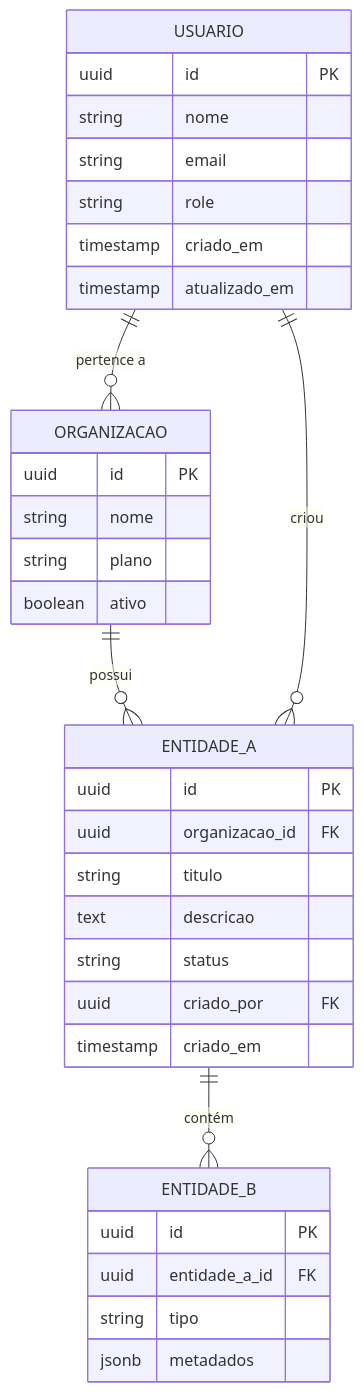
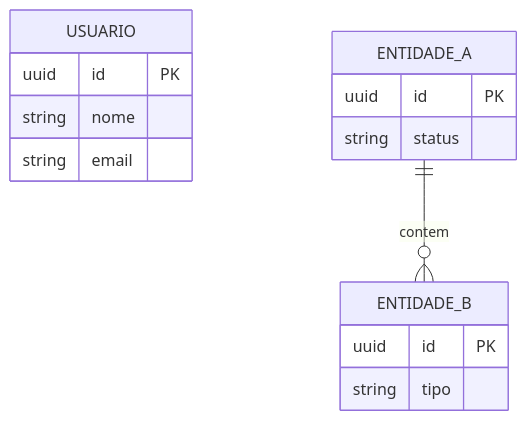
Before and after one commit to juliopessan/DPABB-Framework: the fourth of 10 diagrams in templates/architect/architecture.md, drawn with Mermaid. The commit also changed other lines of this file and 16 other files, not shown here.

````diff
--- a/templates/architect/architecture.md
+++ b/templates/architect/architecture.md
@@ -177,40 +114,17 @@
 ```mermaid
 erDiagram
   USUARIO {
     uuid id PK
     string nome
     string email
-    string role
-    timestamp criado_em
-    timestamp atualizado_em
   }
-
-  ORGANIZACAO {
-    uuid id PK
-    string nome
-    string plano
-    boolean ativo
-  }
-
   ENTIDADE_A {
     uuid id PK
-    uuid organizacao_id FK
-    string titulo
-    text descricao
     string status
-    uuid criado_por FK
-    timestamp criado_em
   }
-
   ENTIDADE_B {
     uuid id PK
-    uuid entidade_a_id FK
     string tipo
-    jsonb metadados
   }
-
-  USUARIO ||--o{ ORGANIZACAO : "pertence a"
-  ORGANIZACAO ||--o{ ENTIDADE_A : "possui"
-  USUARIO ||--o{ ENTIDADE_A : "criou"
-  ENTIDADE_A ||--o{ ENTIDADE_B : "contém"
+  ENTIDADE_A ||--o{ ENTIDADE_B : contem
 ```
````
